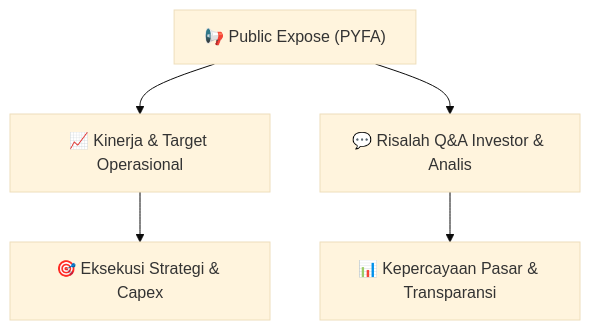
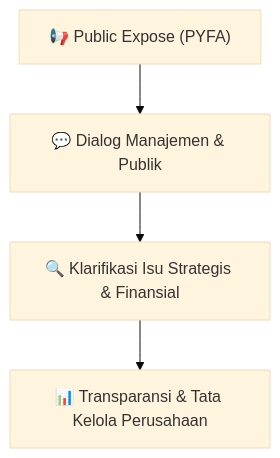
Before and after one commit to anYoneo/alphadigest-idx: the diagram in Finplan_analyst/knowledge-base/public-exposes/hasil-pubex/PYFA_Public_Expose_20260827.md, drawn with Mermaid (base theme). The commit also changed other lines of this file and 526 other files, not shown here.

````diff
--- a/Finplan_analyst/knowledge-base/public-exposes/hasil-pubex/PYFA_Public_Expose_20260827.md
+++ b/Finplan_analyst/knowledge-base/public-exposes/hasil-pubex/PYFA_Public_Expose_20260827.md
@@ -59,7 +425,6 @@
 ```mermaid
 flowchart TD
-    A["📢 Public Expose (PYFA)"] --> B["📈 Kinerja & Target Operasional"]
-    A --> C["💬 Risalah Q&A Investor & Analis"]
-    B --> D["🎯 Eksekusi Strategi & Capex"]
-    C --> E["📊 Kepercayaan Pasar & Transparansi"]
+    A["📢 Public Expose (PYFA)"] --> B["💬 Dialog Manajemen & Publik"]
+    B --> C["🔍 Klarifikasi Isu Strategis & Finansial"]
+    C --> D["📊 Transparansi & Tata Kelola Perusahaan"]
 ```
````
